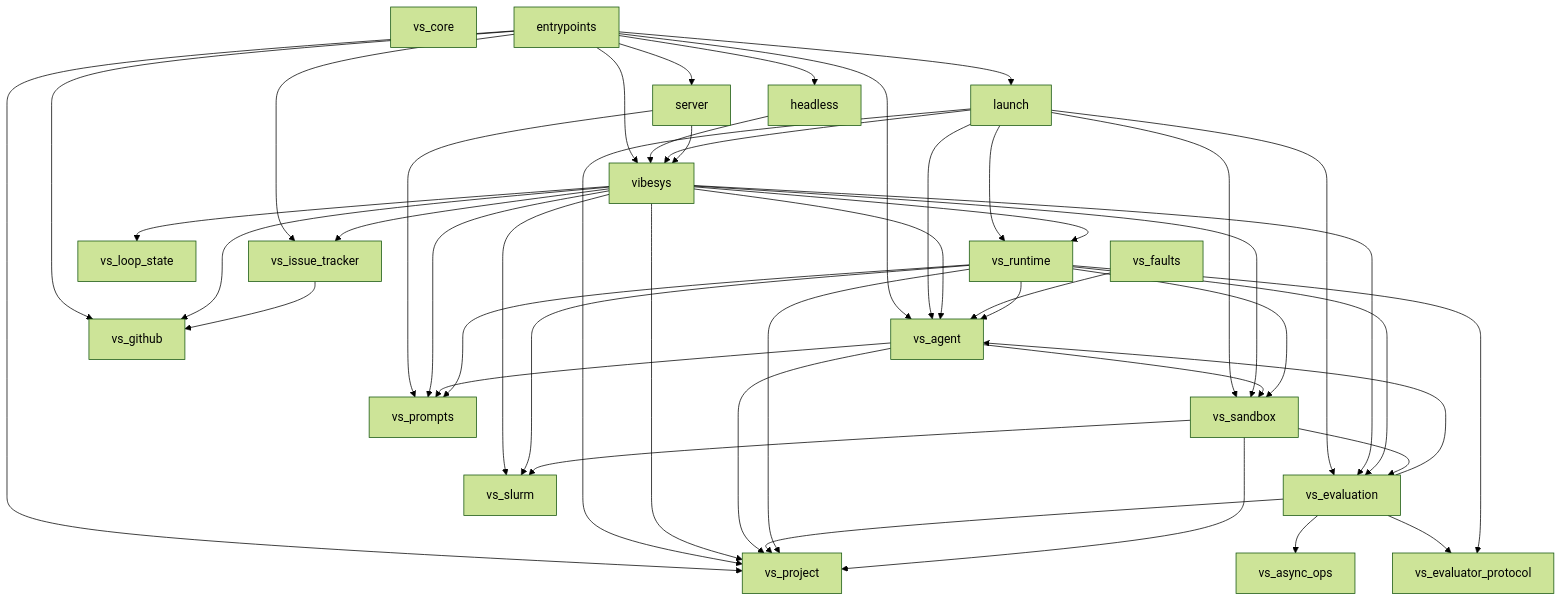
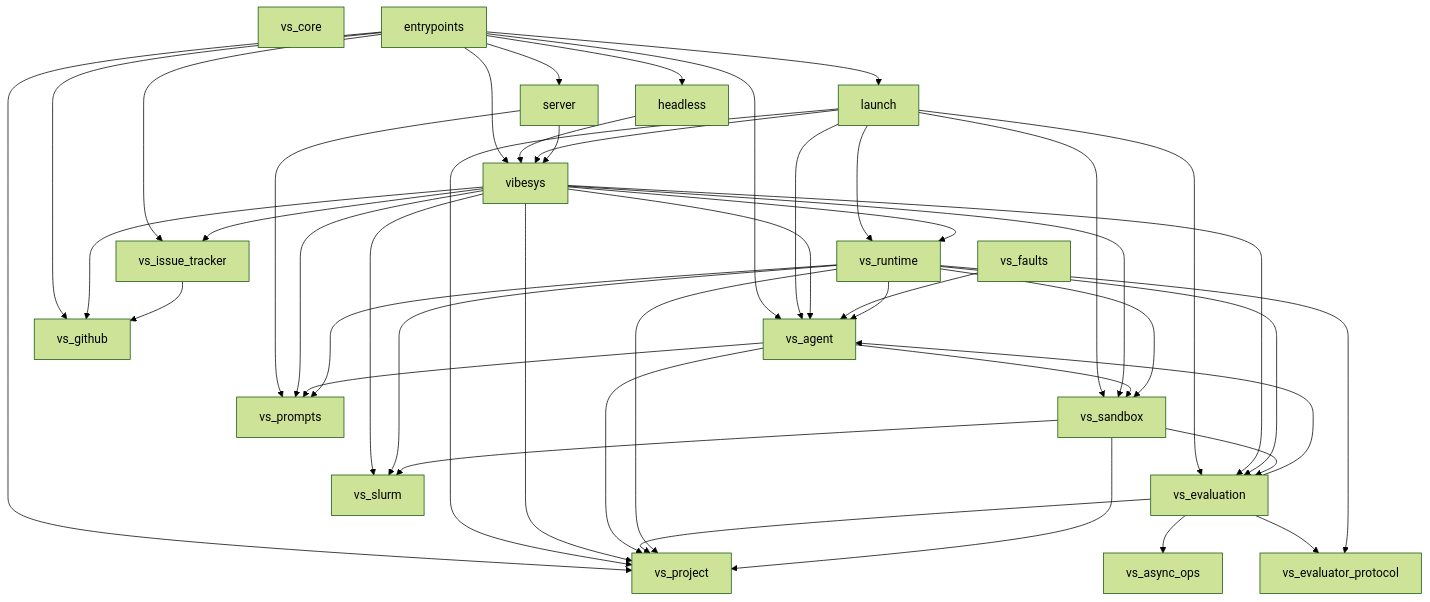
Before and after one commit to AyanBinRafaih/vibe-serve: the first of 3 diagrams in docs/contributing/architecture.md, drawn with Mermaid (forest theme). The commit also changed other lines of this file and 67 other files, not shown here.

````diff
--- a/docs/contributing/architecture.md
+++ b/docs/contributing/architecture.md
@@ -83,50 +84,49 @@
 ```mermaid
 graph TD
     vs_core
     entrypoints --> headless
     entrypoints --> launch
     entrypoints --> server
     entrypoints --> vibesys
     entrypoints --> vs_agent
     entrypoints --> vs_github
     entrypoints --> vs_issue_tracker
     entrypoints --> vs_project
     headless --> vibesys
     launch --> vibesys
     launch --> vs_agent
     launch --> vs_evaluation
     launch --> vs_project
     launch --> vs_runtime
     launch --> vs_sandbox
     server --> vibesys
     server --> vs_prompts
     vibesys --> vs_agent
     vibesys --> vs_evaluation
     vibesys --> vs_github
     vibesys --> vs_issue_tracker
-    vibesys --> vs_loop_state
     vibesys --> vs_project
     vibesys --> vs_prompts
     vibesys --> vs_runtime
     vibesys --> vs_sandbox
     vibesys --> vs_slurm
     vs_agent --> vs_project
     vs_agent --> vs_prompts
     vs_agent --> vs_sandbox
     vs_evaluation --> vs_agent
     vs_evaluation --> vs_async_ops
     vs_evaluation --> vs_evaluator_protocol
     vs_evaluation --> vs_project
     vs_faults --> vs_agent
     vs_issue_tracker --> vs_github
     vs_runtime --> vs_agent
     vs_runtime --> vs_evaluation
     vs_runtime --> vs_evaluator_protocol
     vs_runtime --> vs_project
     vs_runtime --> vs_prompts
     vs_runtime --> vs_sandbox
     vs_runtime --> vs_slurm
     vs_sandbox --> vs_evaluation
     vs_sandbox --> vs_project
     vs_sandbox --> vs_slurm
 ```
````
